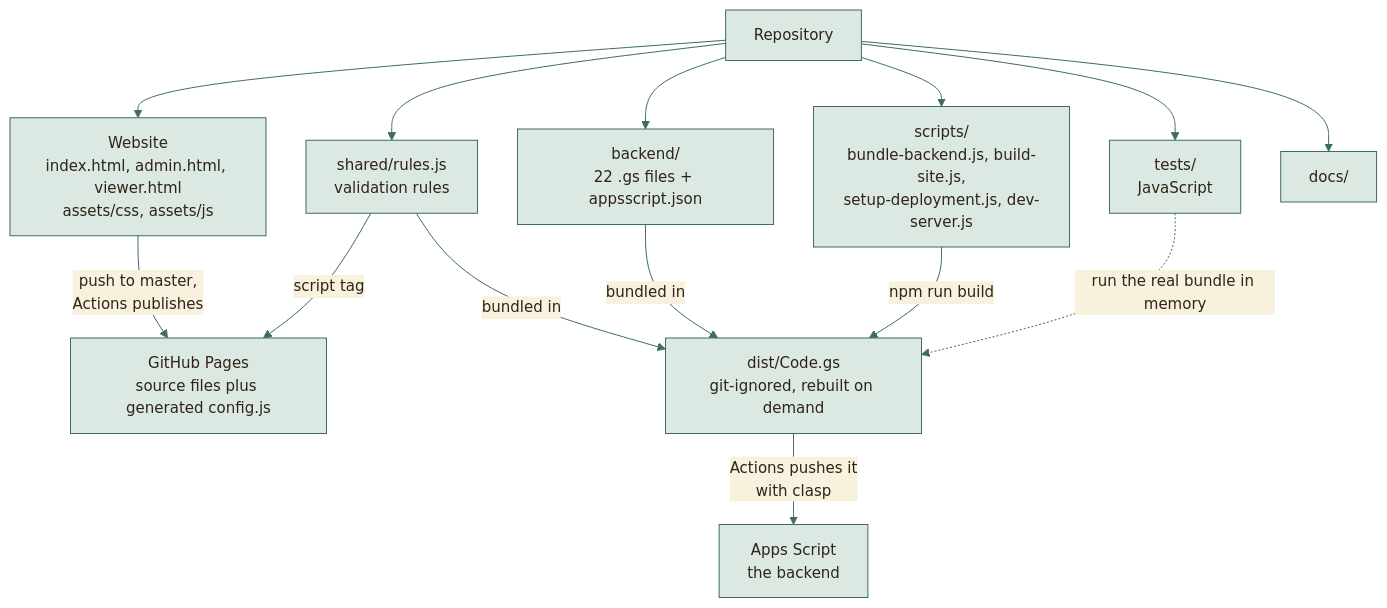
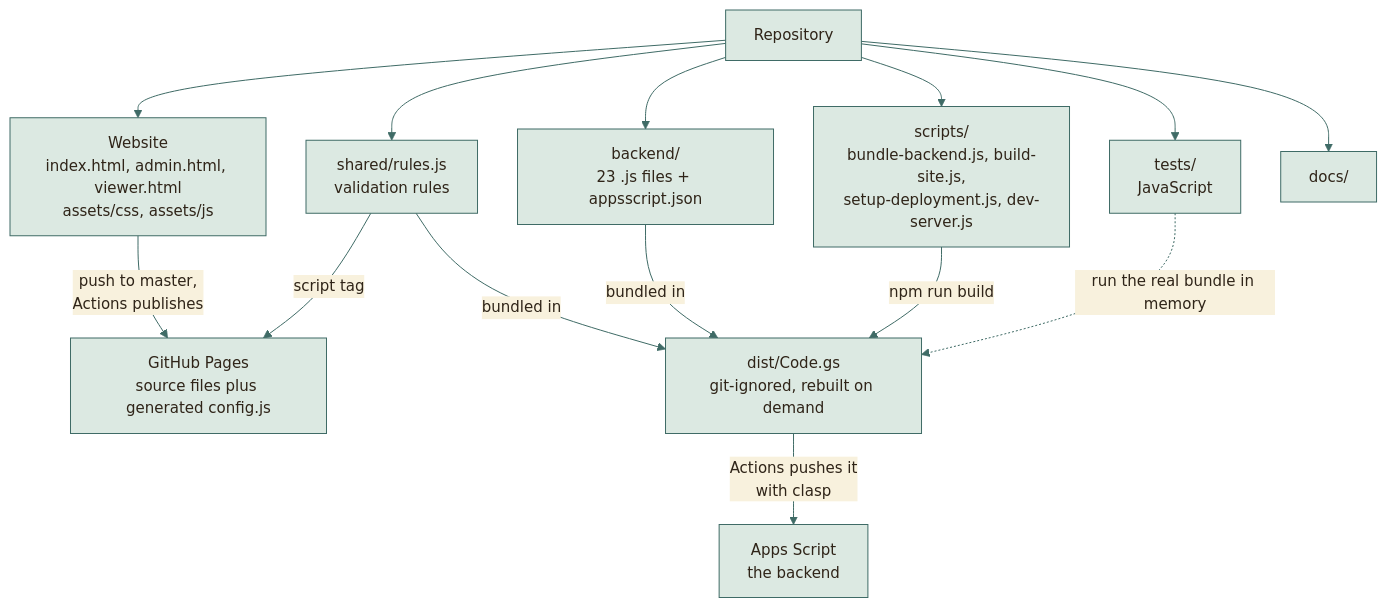
One commit to moyeh04/forms-platform changed the first of 3 diagrams in docs/architecture/FILE-STRUCTURE.md. Above: the diagram before and after it, drawn with Mermaid. The commit also changed other lines of this file and 37 other files, not shown here.

````diff
--- a/docs/architecture/FILE-STRUCTURE.md
+++ b/docs/architecture/FILE-STRUCTURE.md
@@ -7,46 +7,46 @@
 ```mermaid
 %%{init: {
   'theme': 'base',
   'themeVariables': {
     'fontFamily': 'ui-sans-serif, system-ui, -apple-system, Segoe UI, Roboto, sans-serif',
     'fontSize': '15px',
     'primaryColor': '#DCE9E2', 'primaryBorderColor': '#3F6B66', 'primaryTextColor': '#2F2418',
     'secondaryColor': '#F0E4C8', 'secondaryBorderColor': '#C9A24A', 'secondaryTextColor': '#2F2418',
     'tertiaryColor': '#F6EFDC', 'tertiaryBorderColor': '#CDBB94', 'tertiaryTextColor': '#2F2418',
     'lineColor': '#3F6B66', 'textColor': '#2F2418', 'mainBkg': '#DCE9E2', 'nodeBorder': '#3F6B66',
     'clusterBkg': '#F6EFDC', 'clusterBorder': '#CDBB94', 'titleColor': '#2F2418',
     'edgeLabelBackground': '#F8F1DD',
     'actorBkg': '#DCE9E2', 'actorBorder': '#3F6B66', 'actorTextColor': '#2F2418', 'actorLineColor': '#8FB3AB',
     'signalColor': '#477A73', 'signalTextColor': '#477A73',
     'labelBoxBkgColor': '#F0E4C8', 'labelBoxBorderColor': '#C9A24A', 'labelTextColor': '#2F2418', 'loopTextColor': '#6A5A44',
     'noteBkgColor': '#FBEFC9', 'noteBorderColor': '#C9A24A', 'noteTextColor': '#2F2418',
     'activationBkgColor': '#DCE9E2', 'activationBorderColor': '#3F6B66', 'sequenceNumberColor': '#F8F1DD',
     'transitionColor': '#3F6B66', 'stateLabelColor': '#2F2418', 'stateBkg': '#DCE9E2', 'altBackground': '#F6EFDC',
     'attributeBackgroundColorOdd': '#F8F1DD', 'attributeBackgroundColorEven': '#F0E4C8'
   },
   'flowchart': {'curve': 'basis', 'padding': 14, 'nodeSpacing': 40, 'rankSpacing': 46},
   'sequence': {'mirrorActors': false, 'messageMargin': 34, 'boxMargin': 8}
 }}%%
 flowchart TD
     repo["Repository"]
     repo --> web["Website<br/>index.html, admin.html, viewer.html<br/>assets/css, assets/js"]
     repo --> shared["shared/rules.js<br/>validation rules"]
-    repo --> be["backend/<br/>22 .gs files + appsscript.json"]
+    repo --> be["backend/<br/>23 .js files + appsscript.json"]
     repo --> sc["scripts/<br/>bundle-backend.js, build-site.js,<br/>setup-deployment.js, dev-server.js"]
     repo --> ts["tests/<br/>JavaScript"]
     repo --> dc["docs/"]
 
     web -- "push to master,<br/>Actions publishes" --> gh["GitHub Pages<br/>source files plus generated config.js"]
     shared -- "script tag" --> gh
     shared -- "bundled in" --> dist["dist/Code.gs<br/>git-ignored, rebuilt on demand"]
     be -- "bundled in" --> dist
     sc -- "npm run build" --> dist
     dist -- "Actions pushes it<br/>with clasp" --> gas["Apps Script<br/>the backend"]
     ts -. "run the real bundle in memory" .-> dist
     classDef cDb fill:#F3E2B3,stroke:#B8892D,stroke-width:1.5px,color:#2F2418
     classDef cActor fill:#F4D9D3,stroke:#9A3328,stroke-width:1.5px,color:#2F2418
     classDef cDec fill:#FBEFC9,stroke:#C9A24A,stroke-width:1.5px,color:#2F2418
     classDef cEnd fill:#2F2418,stroke:#2F2418,color:#F8F1DD
     classDef cErr fill:#F6D5CF,stroke:#A12B1F,stroke-width:1.5px,color:#5A140C
     classDef cOk fill:#BFD9CF,stroke:#2E5A55,stroke-width:1.5px,color:#17302D
 ```
````
